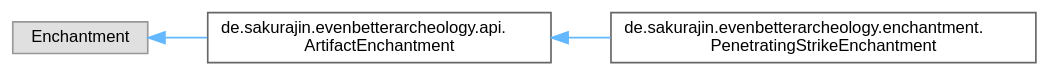
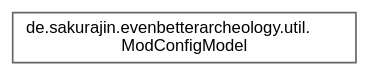
One commit to noah1510/EvenBetterArcheology changed the diagram in inherit_graph_36.dot. Above: the diagram before and after it, drawn with Graphviz. The commit also changed 335 other files, not shown here.

```diff
--- a/inherit_graph_36.dot
+++ b/inherit_graph_36.dot
@@ -1,13 +1,9 @@
 digraph "Graphical Class Hierarchy"
 {
  // LATEX_PDF_SIZE
   bgcolor="transparent";
   edge [fontname=Helvetica,fontsize=10,labelfontname=Helvetica,labelfontsize=10];
   node [fontname=Helvetica,fontsize=10,shape=box,height=0.2,width=0.4];
   rankdir="LR";
-  Node0 [label="Enchantment",height=0.2,width=0.4,color="grey60", fillcolor="#E0E0E0", style="filled",tooltip=" "];
-  Node0 -> Node1 [dir="back",color="steelblue1",style="solid"];
-  Node1 [label="de.sakurajin.evenbetterarcheology.api.\lArtifactEnchantment",height=0.2,width=0.4,color="grey40", fillcolor="white", style="filled",URL="$classde_1_1sakurajin_1_1evenbetterarcheology_1_1api_1_1ArtifactEnchantment.html",tooltip=" "];
-  Node1 -> Node2 [dir="back",color="steelblue1",style="solid"];
-  Node2 [label="de.sakurajin.evenbetterarcheology.enchantment.\lPenetratingStrikeEnchantment",height=0.2,width=0.4,color="grey40", fillcolor="white", style="filled",URL="$classde_1_1sakurajin_1_1evenbetterarcheology_1_1enchantment_1_1PenetratingStrikeEnchantment.html",tooltip=" "];
+  Node0 [label="de.sakurajin.evenbetterarcheology.util.\lModConfigModel",height=0.2,width=0.4,color="grey40", fillcolor="white", style="filled",URL="$classde_1_1sakurajin_1_1evenbetterarcheology_1_1util_1_1ModConfigModel.html",tooltip=" "];
 }
```
